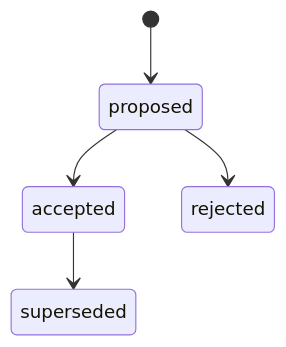
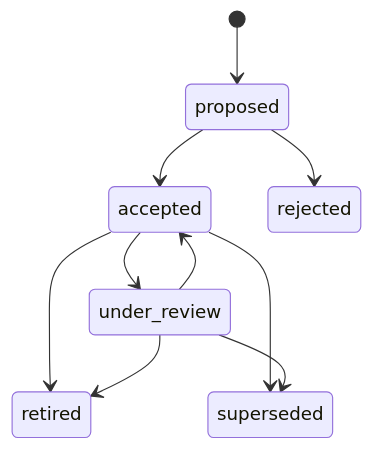
The first of 4 diagrams in engineering-execution-plan/references/adr.md (XiaoWeiKIN/RepoFoundryAI), drawn with Mermaid before and after one commit. The commit also changed other lines of this file and 57 other files, not shown here.

````diff
--- a/engineering-execution-plan/references/adr.md
+++ b/engineering-execution-plan/references/adr.md
@@ -58,7 +58,12 @@
 ```mermaid
 stateDiagram-v2
     [*] --> proposed
     proposed --> accepted
     proposed --> rejected
+    accepted --> under_review
+    under_review --> accepted
+    accepted --> retired
+    under_review --> retired
     accepted --> superseded
+    under_review --> superseded
 ```
````
